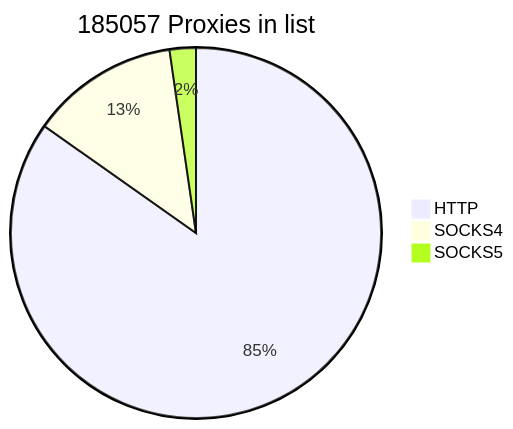
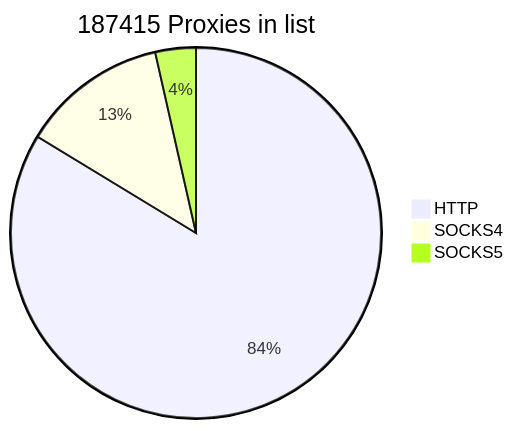
One commit to cutipu/proxylist changed the first of 2 diagrams in README.md. Above: the diagram before and after it, drawn with Mermaid. The commit also changed other lines of this file, not shown here.

````diff
--- a/README.md
+++ b/README.md
@@ -2,7 +2,7 @@
 ```mermaid
-pie title 185057 Proxies in list
-    "HTTP" : 156873
-    "SOCKS4" : 23941
-    "SOCKS5" : 4243
+pie title 187415 Proxies in list
+    "HTTP" : 156842
+    "SOCKS4" : 23939
+    "SOCKS5" : 6634
             
 ```
````
